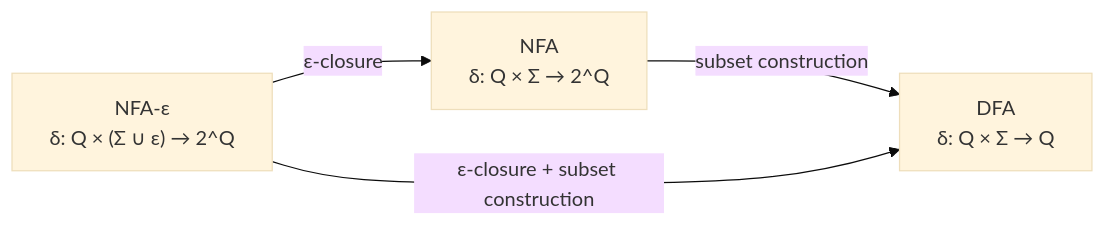
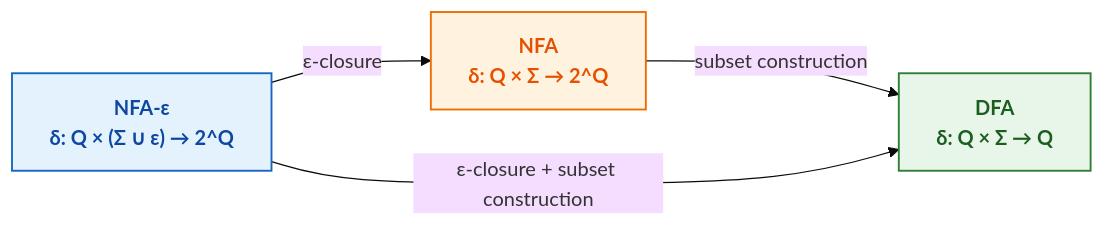
One commit to huynhthanhphong231004IT/Theoretical_Computer_Science_CT121 changed the second of 6 diagrams in README.md. Above: the diagram before and after it, drawn with Mermaid (base theme). The commit also changed other lines of this file, not shown here.

````diff
--- a/README.md
+++ b/README.md
@@ -79,6 +85,19 @@
 ```mermaid
 flowchart LR
-    NE["NFA-ε<br/>δ: Q × (Σ ∪ ε) → 2^Q"] -->|"ε-closure"| N["NFA<br/>δ: Q × Σ → 2^Q"]
-    N -->|"subset construction"| D["DFA<br/>δ: Q × Σ → Q"]
+    %% Định nghĩa phong cách màu sắc chuẩn Academic (Nhiều màu, chuyên nghiệp)
+    classDef neNode fill:#E3F2FD,stroke:#1565C0,stroke-width:1.5px,color:#0D47A1,font-weight:bold;
+    classDef nNode fill:#FFF3E0,stroke:#EF6C00,stroke-width:1.5px,color:#E65100,font-weight:bold;
+    classDef dNode fill:#E8F5E9,stroke:#2E7D32,stroke-width:1.5px,color:#1B5E20,font-weight:bold;
+
+    %% Các nút trong sơ đồ (đã ngắt dòng chủ động tránh xén chữ)
+    NE["NFA-ε<br/>δ: Q × (Σ ∪ ε) → 2^Q"]:::neNode
+    
+    N["NFA<br/>δ: Q × Σ → 2^Q"]:::nNode
+    
+    D["DFA<br/>δ: Q × Σ → Q"]:::dNode
+
+    %% Luồng liên kết và chú thích chuyển đổi
+    NE -->|"ε-closure"| N
+    N -->|"subset construction"| D
     NE -->|"ε-closure + subset construction"| D
 ```
````
